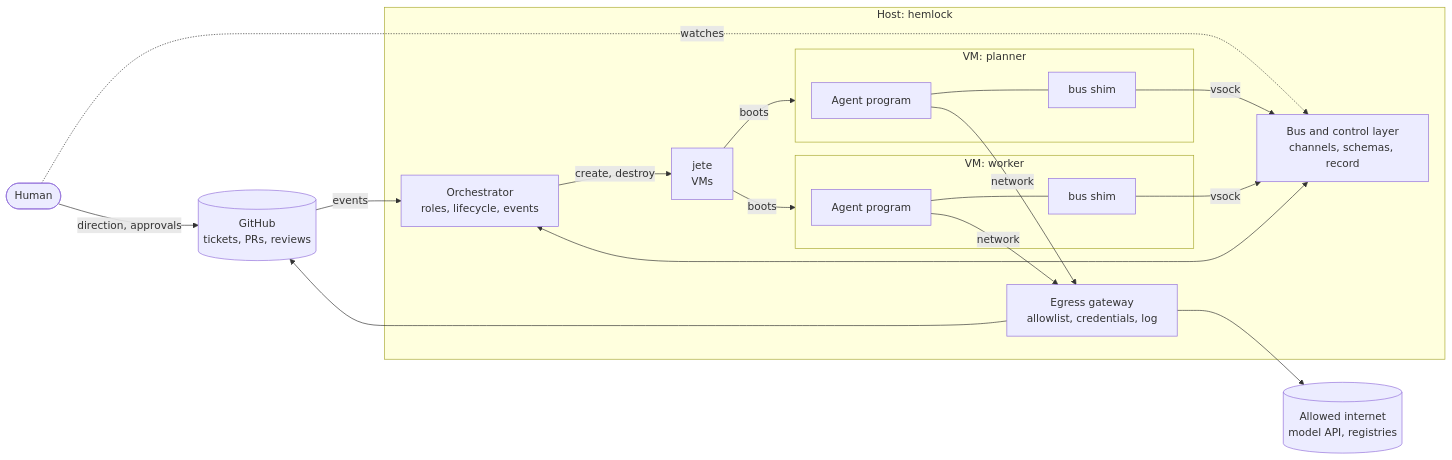
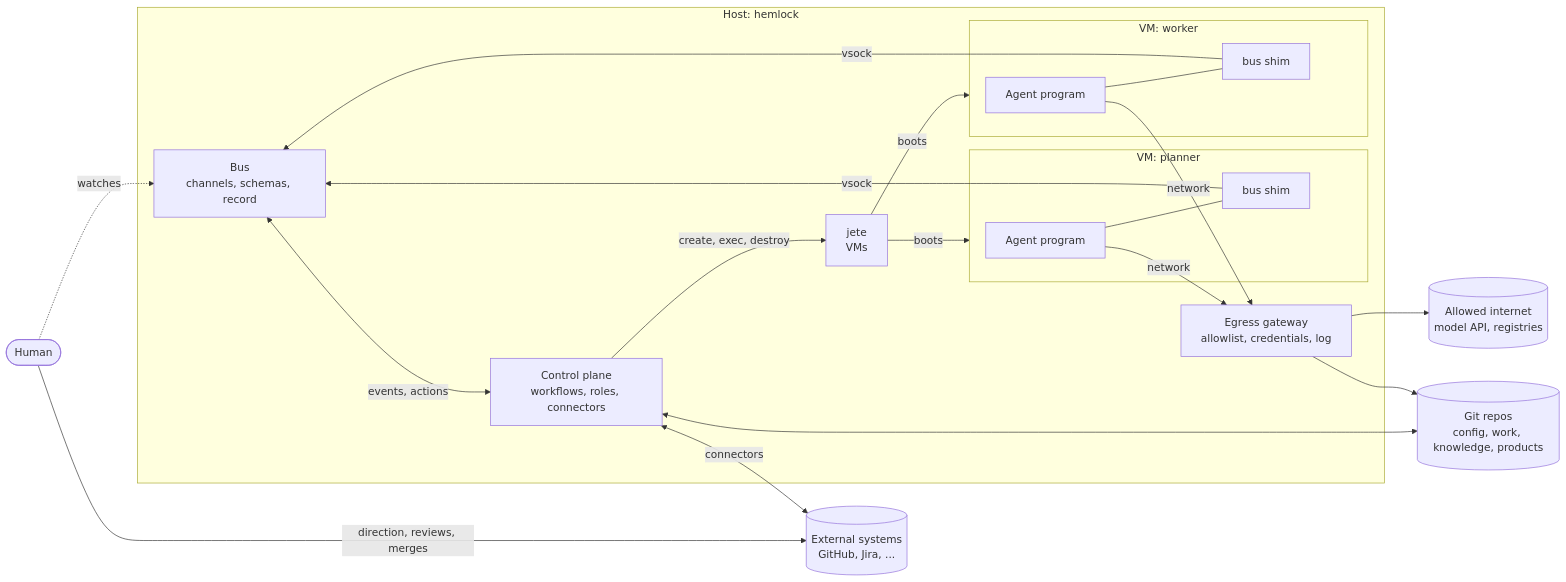
The diagram in docs/architecture.md (carloswestman/machinesdancing), drawn with Mermaid before and after one commit. The commit also changed other lines of this file and 1 other file, not shown here.

First line of the commit message:
Architecture: control plane with workflows, stores, skills, connectors

````diff
--- a/docs/architecture.md
+++ b/docs/architecture.md
@@ -20,29 +21,31 @@
 ```mermaid
 flowchart LR
     human([Human])
-    github[(GitHub<br/>tickets, PRs, reviews)]
+    ext[(External systems<br/>GitHub, Jira, ...)]
+    repos[(Git repos<br/>config, work, knowledge, products)]
     internet[(Allowed internet<br/>model API, registries)]
 
     subgraph host[Host: hemlock]
-        orch[Orchestrator<br/>roles, lifecycle, events]
-        bus[Bus and control layer<br/>channels, schemas, record]
+        cp[Control plane<br/>workflows, roles, connectors]
+        bus[Bus<br/>channels, schemas, record]
         gw[Egress gateway<br/>allowlist, credentials, log]
         jete[jete<br/>VMs]
         subgraph vm1[VM: planner]
             a1[Agent program] --- s1[bus shim]
         end
         subgraph vm2[VM: worker]
             a2[Agent program] --- s2[bus shim]
         end
     end
 
-    human -- direction, approvals --> github
+    human -- direction, reviews, merges --> ext
     human -. watches .-> bus
-    orch -- create, destroy --> jete
+    cp -- create, exec, destroy --> jete
     jete -- boots --> vm1 & vm2
     s1 & s2 -- vsock --> bus
-    bus <--> orch
+    bus <-- events, actions --> cp
+    cp <-- connectors --> ext
+    cp <--> repos
     a1 & a2 -- network --> gw
-    gw --> internet & github
-    github -- events --> orch
+    gw --> internet & repos
 ```
````
